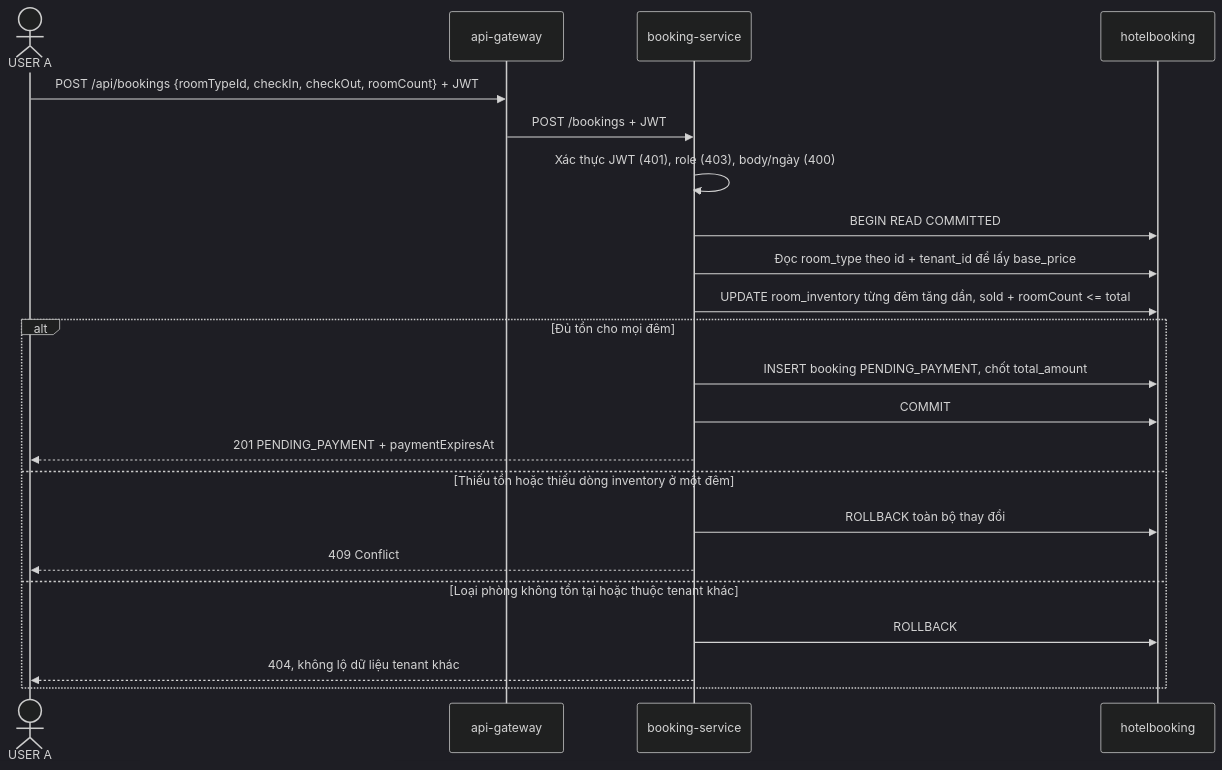
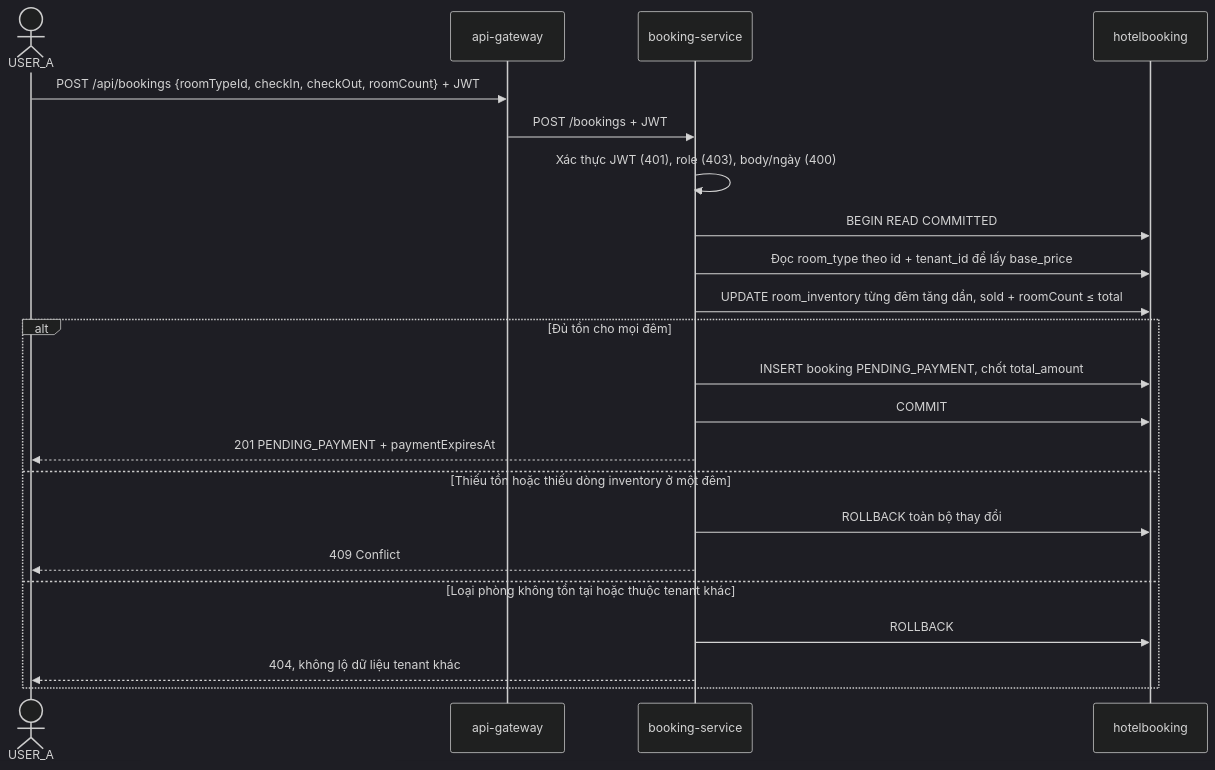
The second of 5 diagrams in docs/sequence-booking.md (oabga/HotelBookingSystem), drawn with Mermaid (dark theme) before and after one commit. The commit also changed other lines of this file and 1 other file, not shown here.

First line of the commit message:
fix view markdown sequece-booking

````diff
--- a/docs/sequence-booking.md
+++ b/docs/sequence-booking.md
@@ -27,25 +27,25 @@
 ```mermaid
 sequenceDiagram
-    actor User as USER A
+    actor A as USER_A
     participant Gateway as api-gateway
     participant Booking as booking-service
     participant DB as hotelbooking
 
-    User->>Gateway: POST /api/bookings {roomTypeId, checkIn, checkOut, roomCount} + JWT
+    A->>Gateway: POST /api/bookings {roomTypeId, checkIn, checkOut, roomCount} + JWT
     Gateway->>Booking: POST /bookings + JWT
     Booking->>Booking: Xác thực JWT (401), role (403), body/ngày (400)
     Booking->>DB: BEGIN READ COMMITTED
     Booking->>DB: Đọc room_type theo id + tenant_id để lấy base_price
-    Booking->>DB: UPDATE room_inventory từng đêm tăng dần, sold + roomCount <= total
+    Booking->>DB: UPDATE room_inventory từng đêm tăng dần, sold + roomCount ≤ total
     alt Đủ tồn cho mọi đêm
         Booking->>DB: INSERT booking PENDING_PAYMENT, chốt total_amount
         Booking->>DB: COMMIT
-        Booking-->>User: 201 PENDING_PAYMENT + paymentExpiresAt
+        Booking-->>A: 201 PENDING_PAYMENT + paymentExpiresAt
     else Thiếu tồn hoặc thiếu dòng inventory ở một đêm
         Booking->>DB: ROLLBACK toàn bộ thay đổi
-        Booking-->>User: 409 Conflict
+        Booking-->>A: 409 Conflict
     else Loại phòng không tồn tại hoặc thuộc tenant khác
         Booking->>DB: ROLLBACK
-        Booking-->>User: 404, không lộ dữ liệu tenant khác
+        Booking-->>A: 404, không lộ dữ liệu tenant khác
     end
 ```
````
